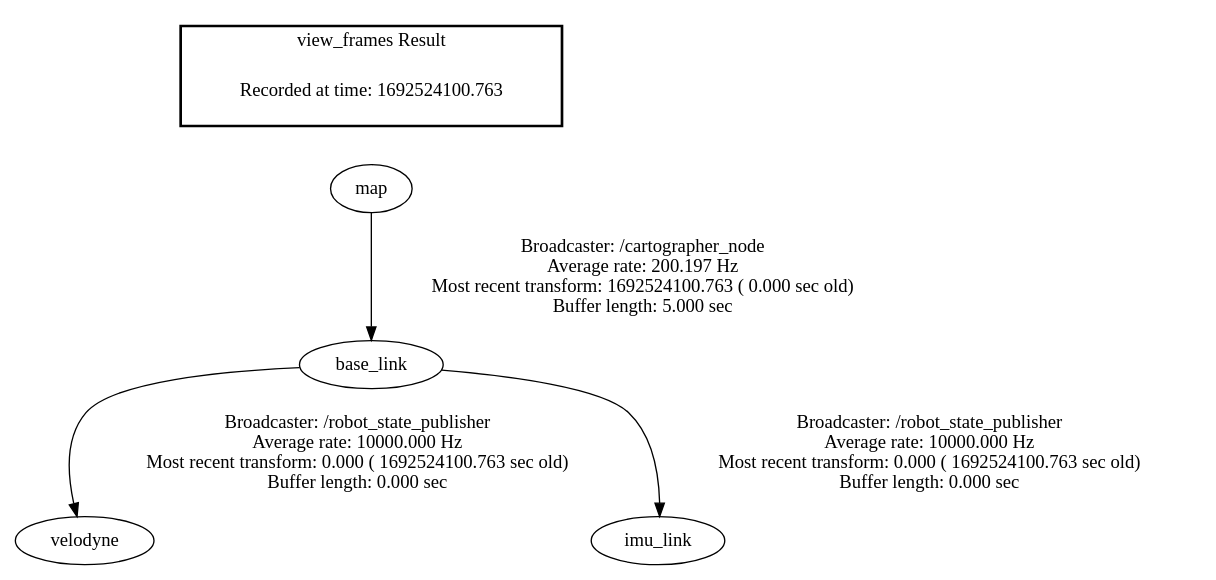
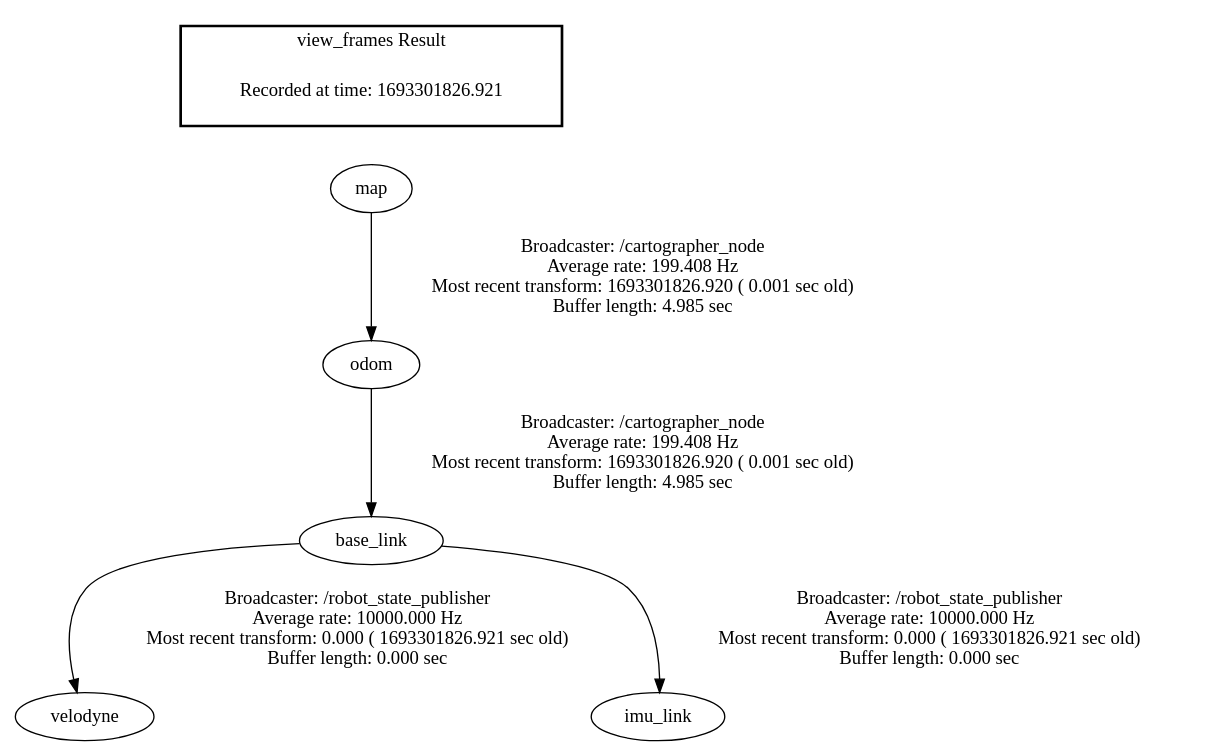
One commit to Tonio991314/LiDAR_SLAM_UAV changed the diagram in cartographer_detailed_comments_ws/frames.gv. Above: the diagram before and after it, drawn with Graphviz. The commit also changed 165 other files, not shown here.

```diff
--- a/cartographer_detailed_comments_ws/frames.gv
+++ b/cartographer_detailed_comments_ws/frames.gv
@@ -1,9 +1,10 @@
 digraph G {
-"base_link" -> "velodyne"[label="Broadcaster: /robot_state_publisher\nAverage rate: 10000.000 Hz\nMost recent transform: 0.000 ( 1692524100.763 sec old)\nBuffer length: 0.000 sec\n"];
-"map" -> "base_link"[label="Broadcaster: /cartographer_node\nAverage rate: 200.197 Hz\nMost recent transform: 1692524100.763 ( 0.000 sec old)\nBuffer length: 5.000 sec\n"];
-"base_link" -> "imu_link"[label="Broadcaster: /robot_state_publisher\nAverage rate: 10000.000 Hz\nMost recent transform: 0.000 ( 1692524100.763 sec old)\nBuffer length: 0.000 sec\n"];
+"base_link" -> "velodyne"[label="Broadcaster: /robot_state_publisher\nAverage rate: 10000.000 Hz\nMost recent transform: 0.000 ( 1693301826.921 sec old)\nBuffer length: 0.000 sec\n"];
+"odom" -> "base_link"[label="Broadcaster: /cartographer_node\nAverage rate: 199.408 Hz\nMost recent transform: 1693301826.920 ( 0.001 sec old)\nBuffer length: 4.985 sec\n"];
+"base_link" -> "imu_link"[label="Broadcaster: /robot_state_publisher\nAverage rate: 10000.000 Hz\nMost recent transform: 0.000 ( 1693301826.921 sec old)\nBuffer length: 0.000 sec\n"];
+"map" -> "odom"[label="Broadcaster: /cartographer_node\nAverage rate: 199.408 Hz\nMost recent transform: 1693301826.920 ( 0.001 sec old)\nBuffer length: 4.985 sec\n"];
 edge [style=invis];
  subgraph cluster_legend { style=bold; color=black; label ="view_frames Result";
-"Recorded at time: 1692524100.763"[ shape=plaintext ] ;
+"Recorded at time: 1693301826.921"[ shape=plaintext ] ;
  }->"map";
 }
```
